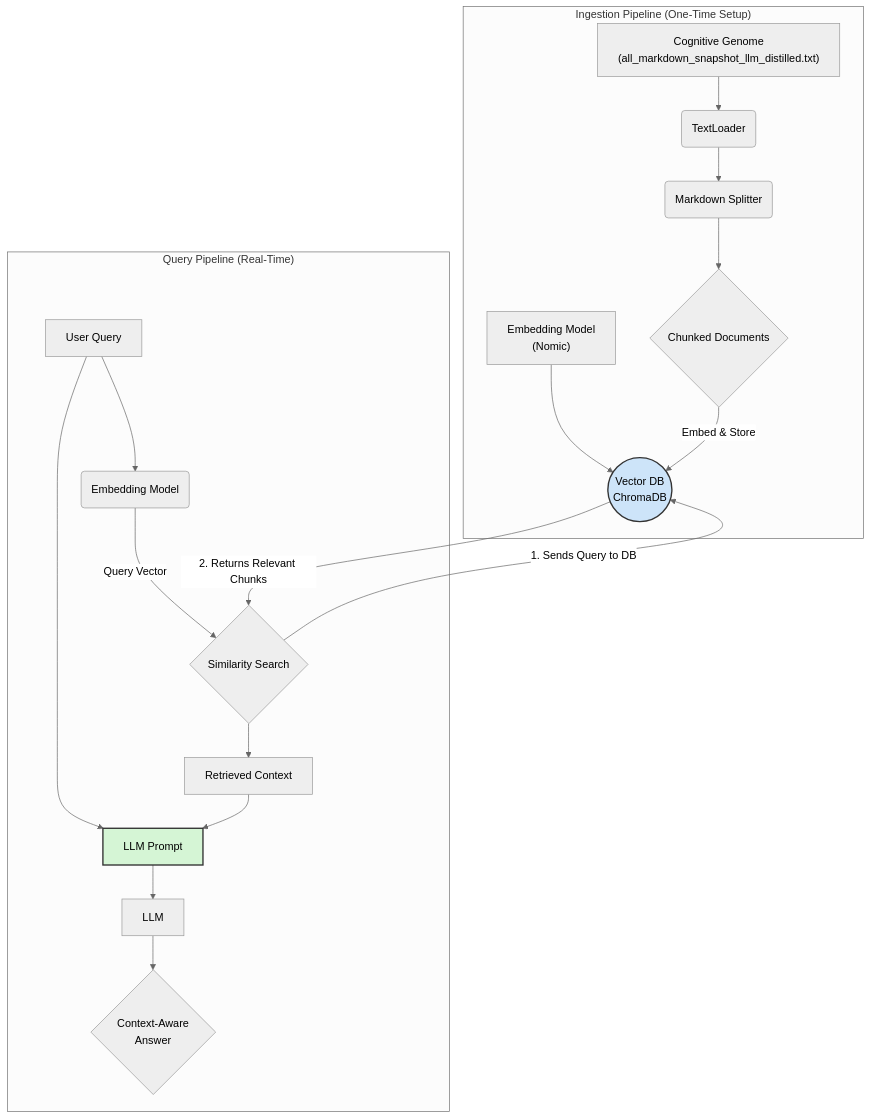
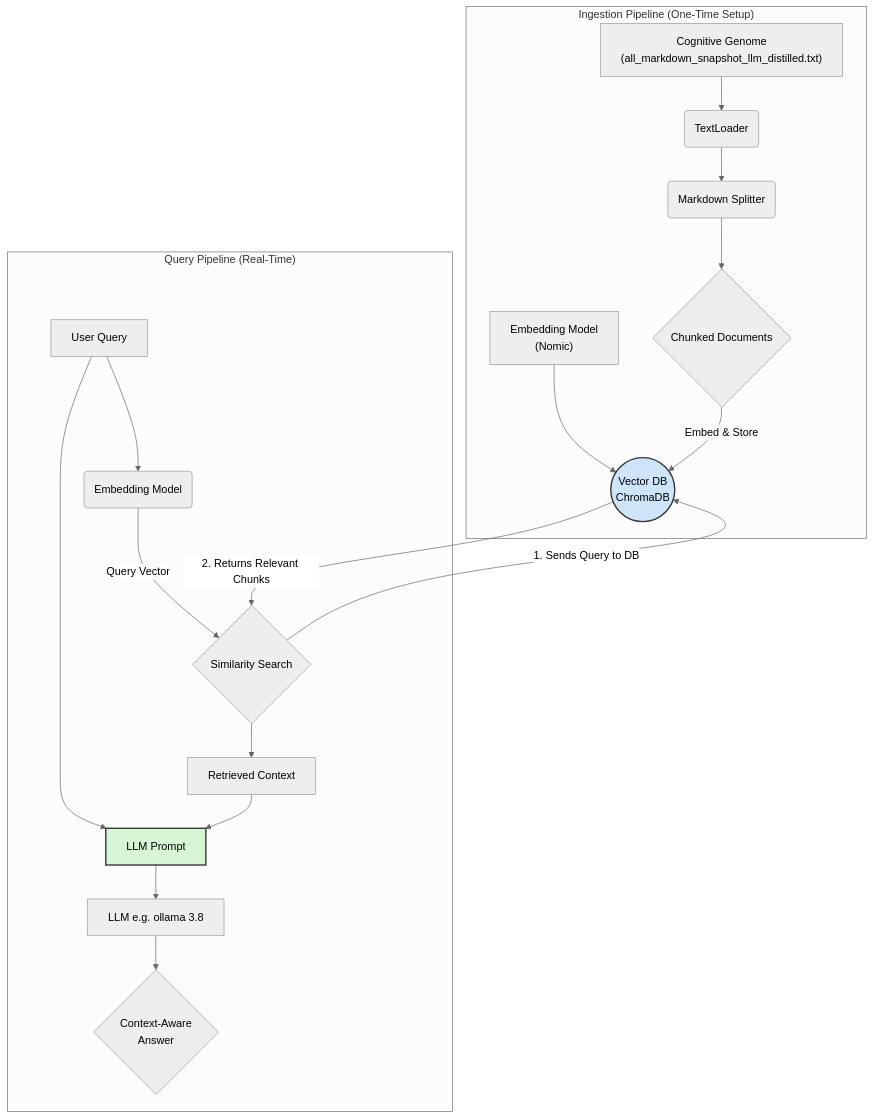
The diagram in mnemonic_cortex/README.md (richfrem/Project_Sanctuary), drawn with Mermaid (neutral theme) before and after one commit. The commit also changed other lines of this file and 2 other files, not shown here.

Commit message:
updated mermaid and readme of mnemonic_cortex

````diff
--- a/mnemonic_cortex/README.md
+++ b/mnemonic_cortex/README.md
@@ -33,28 +25,33 @@
 ```mermaid
 graph TD
     subgraph "Ingestion Pipeline (One-Time Setup)"
         A["Cognitive Genome<br/>(all_markdown_snapshot_llm_distilled.txt)"] --> B(TextLoader);
         B --> C(Markdown Splitter);
         C --> D{Chunked Documents};
-        E["Embedding Model<br/>(Nomic)"] --> F(("Vector DB<br/>ChromaDB"));
-        D -- Embed & Store --> F;
+        E["Embedding Model<br/>(Nomic)"];
+        
+        %% This new line shows that the Embedding Model provides the function
+        %% needed by the Vector DB to embed the documents.
+        E --> F; 
+
+        D -- Embed & Store --> F(("Vector DB<br/>ChromaDB"));
     end
 
     subgraph "Query Pipeline (Real-Time)"
         G[User Query] --> H(Embedding Model);
         H -- Query Vector --> I{Similarity Search};
         I -- "1. Sends Query to DB" --> F;
         F -- "2. Returns Relevant Chunks" --> I;
         I --> J[Retrieved Context];
         
         K[LLM Prompt]
         G --> K;
         J --> K;
 
-        K --> L[LLM];
-        L --> M{"Context-Aware<br/>Answer"};
+        K --> L[LLM e.g. ollama 3.8];
+        L --> M{"Context-Aware<br/>Answer"}
     end
 
     style F fill:#cde4f9,stroke:#333,stroke-width:2px
     style K fill:#d5f5d5,stroke:#333,stroke-width:2px
 ```
````
